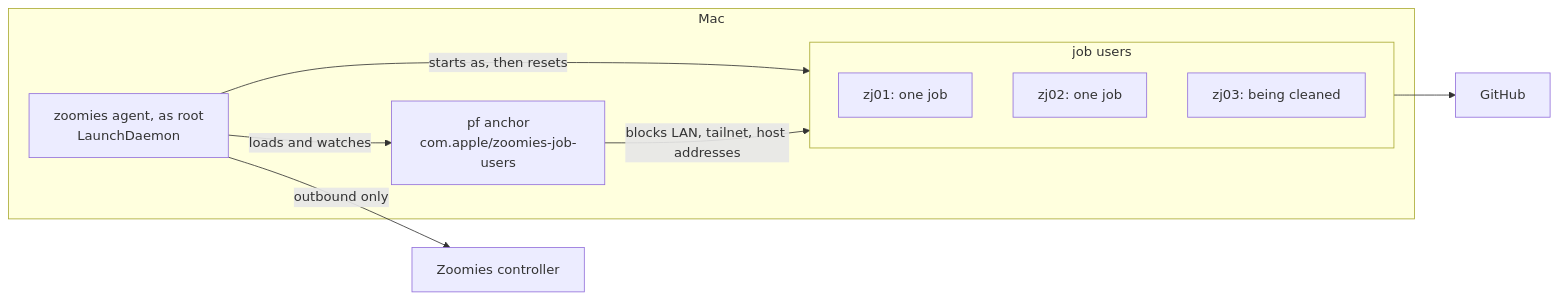
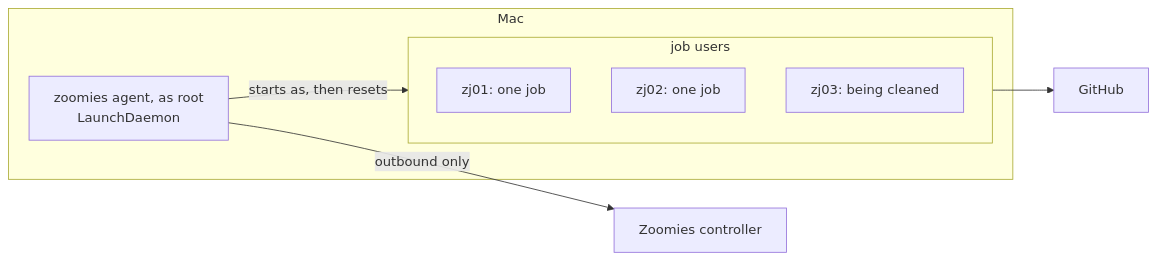
Before and after one commit to rknightion/zoomies: the diagram in docs/macos-job-users.md, drawn with Mermaid. The commit also changed other lines of this file and 33 other files, not shown here.

First line of the commit message:
Run macOS job users with no firewall and no egress check

````diff
--- a/docs/macos-job-users.md
+++ b/docs/macos-job-users.md
@@ -46,19 +48,16 @@
 ```mermaid
 flowchart LR
     ctrl["Zoomies controller"]
     subgraph mac["Mac"]
         agent["zoomies agent, as root<br/>LaunchDaemon"]
-        pf["pf anchor<br/>com.apple/zoomies-job-users"]
         subgraph slots["job users"]
             u1["zj01: one job"]
             u2["zj02: one job"]
             u3["zj03: being cleaned"]
         end
     end
     gh["GitHub"]
     agent -->|"outbound only"| ctrl
     agent -->|"starts as, then resets"| slots
-    agent -->|"loads and watches"| pf
-    pf -->|"blocks LAN, tailnet, host addresses"| slots
     slots --> gh
 ```
````
